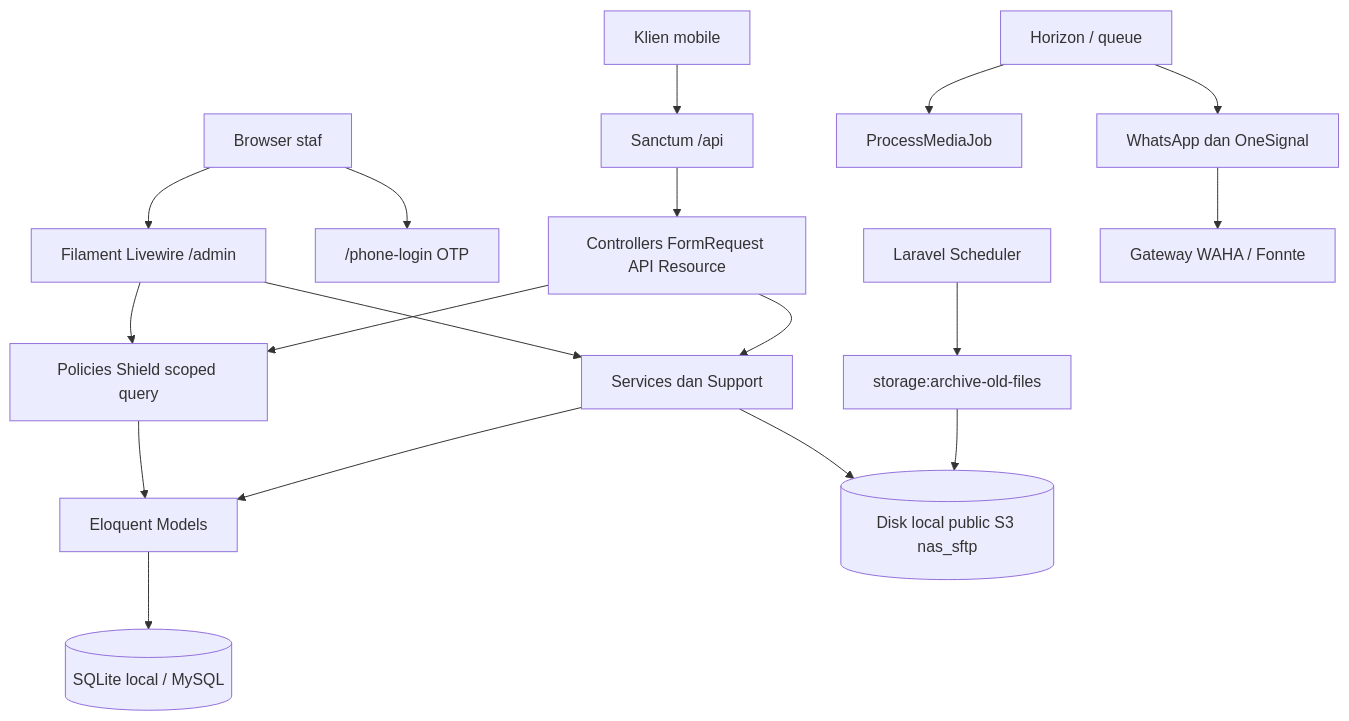
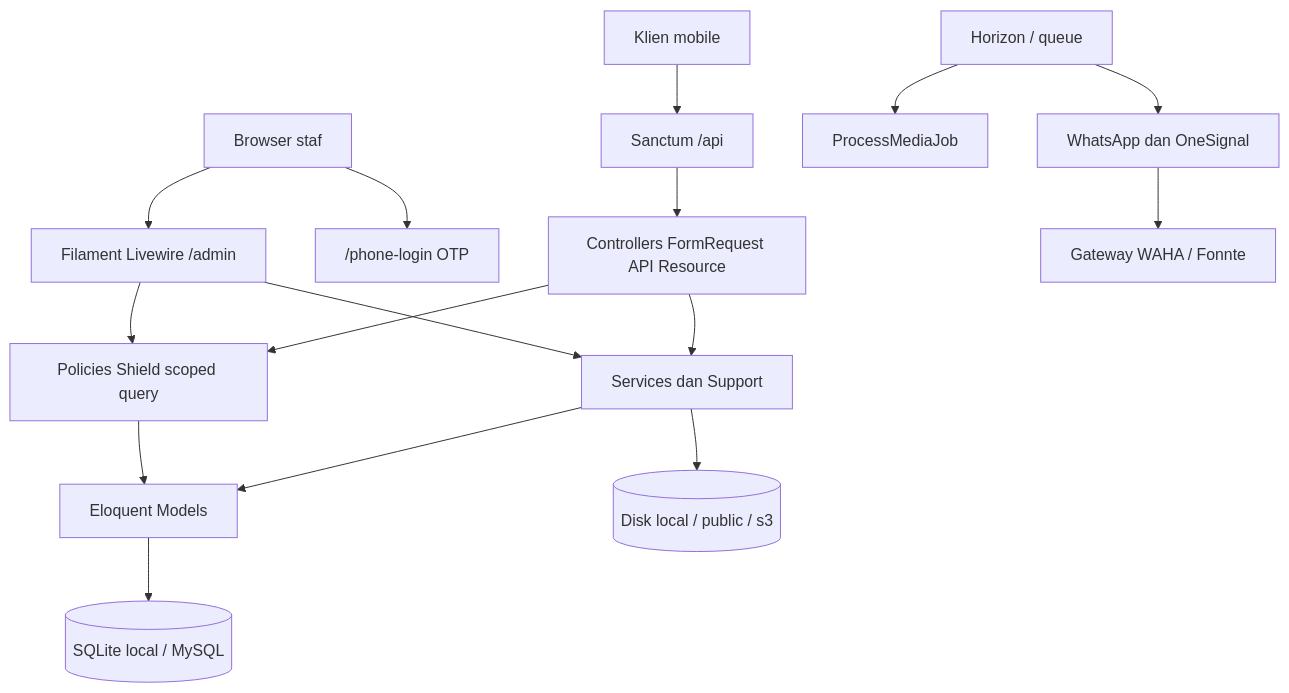
The second of 2 diagrams in README.md (oceanspacedev/sam-web), drawn with Mermaid before and after one commit. The commit also changed other lines of this file and 38 other files, not shown here.

Commit message:
refactor: simplify storage disk path resolution, remove legacy archive features, and add storage tests

````diff
--- a/README.md
+++ b/README.md
@@ -180,20 +179,18 @@
 ```mermaid
 flowchart TB
     Mobile[Klien mobile] --> Sanctum[Sanctum /api]
     Browser[Browser staf] --> Filament[Filament Livewire /admin]
     Browser --> PhoneLogin["/phone-login OTP"]
     Sanctum --> Controllers[Controllers FormRequest API Resource]
     Filament --> Policies[Policies Shield scoped query]
     Controllers --> Policies
     Filament --> Services[Services dan Support]
     Controllers --> Services
     Policies --> Models[Eloquent Models]
     Services --> Models
     Worker[Horizon / queue] --> Media[ProcessMediaJob]
     Worker --> Notif[WhatsApp dan OneSignal]
-    Scheduler[Laravel Scheduler] --> Archive[storage:archive-old-files]
     Models --> DB[(SQLite local / MySQL)]
-    Services --> Files[(Disk local public S3 nas_sftp)]
-    Archive --> Files
+    Services --> Files[(Disk local / public / s3)]
     Notif --> WA[Gateway WAHA / Fonnte]
 ```
````
